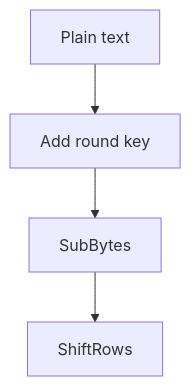
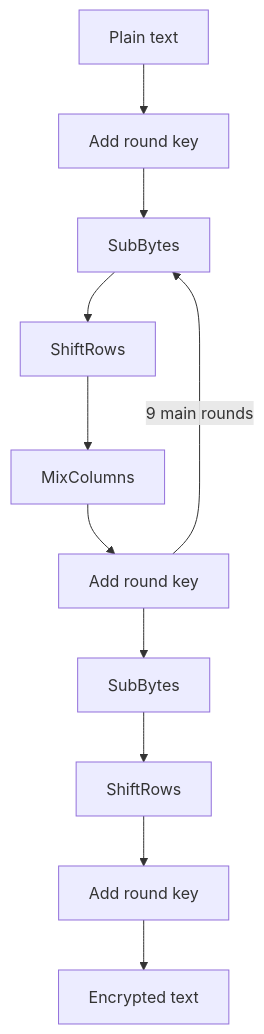
One commit to TranPhucVinh/Cplusplus changed the diagram in Algorithms/Cryptography/AES/README.md. Above: the diagram before and after it, drawn with Mermaid.

Commit message:
AES flowchart

````diff
--- a/Algorithms/Cryptography/AES/README.md
+++ b/Algorithms/Cryptography/AES/README.md
@@ -7,4 +7,5 @@
 ```mermaid
 flowchart TD
-    A["Plain text"] --> B["Add round key"] --> C["SubBytes"] --> D["ShiftRows"]
+    A["Plain text"] --> B["Add round key"] --> C["SubBytes"] --> D["ShiftRows"] --> E["MixColumns"] --> F["Add round key"] -- "9 main rounds" --> C
+    F --> G["SubBytes"] --> H["ShiftRows"] --> I["Add round key"] --> J["Encrypted text"]
 ```
````
